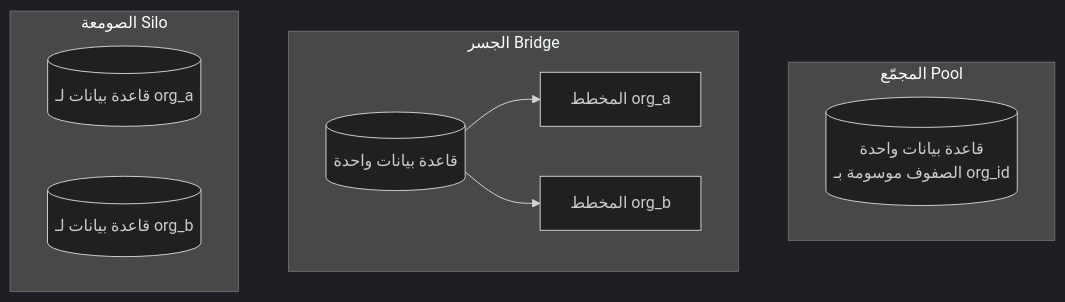
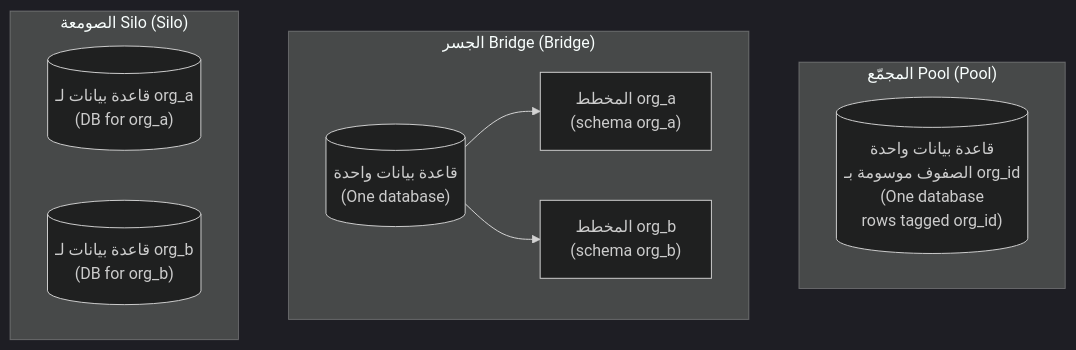
The seventh of 9 diagrams in saas/modules/02-data.ar.md (Tamoura/system-design-for-vibe-coders), drawn with Mermaid (dark theme) before and after one commit. The commit also changed other lines of this file and 62 other files, not shown here.

First line of the commit message:
Arabic editions: English on every diagram label, RTL fixes, rebuild

````diff
--- a/saas/modules/02-data.ar.md
+++ b/saas/modules/02-data.ar.md
@@ -851,14 +851,14 @@
 ```mermaid
 flowchart TD
-    subgraph POOL["المجمّع Pool"]
-        P1[("قاعدة بيانات واحدة<br/>الصفوف موسومة بـ org_id")]
+    subgraph POOL["المجمّع Pool (Pool)"]
+        P1[("قاعدة بيانات واحدة<br/>الصفوف موسومة بـ org_id<br/>(One database<br/>rows tagged org_id)")]
     end
-    subgraph BRIDGE["الجسر Bridge"]
-        B1[("قاعدة بيانات واحدة")] --> BS1["المخطط org_a"]
-        B1 --> BS2["المخطط org_b"]
+    subgraph BRIDGE["الجسر Bridge (Bridge)"]
+        B1[("قاعدة بيانات واحدة<br/>(One database)")] --> BS1["المخطط org_a<br/>(schema org_a)"]
+        B1 --> BS2["المخطط org_b<br/>(schema org_b)"]
     end
-    subgraph SILO["الصومعة Silo"]
-        S1[("قاعدة بيانات لـ org_a")]
-        S2[("قاعدة بيانات لـ org_b")]
+    subgraph SILO["الصومعة Silo (Silo)"]
+        S1[("قاعدة بيانات لـ org_a<br/>(DB for org_a)")]
+        S2[("قاعدة بيانات لـ org_b<br/>(DB for org_b)")]
     end
 ```
````
